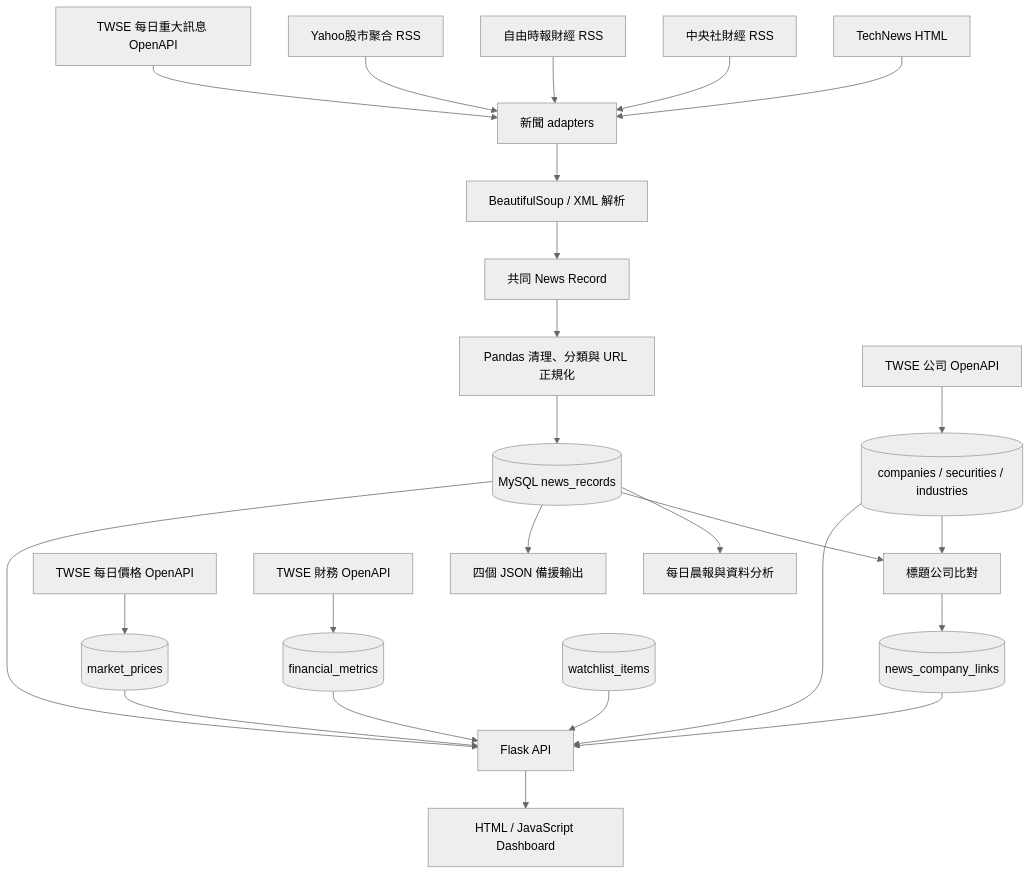
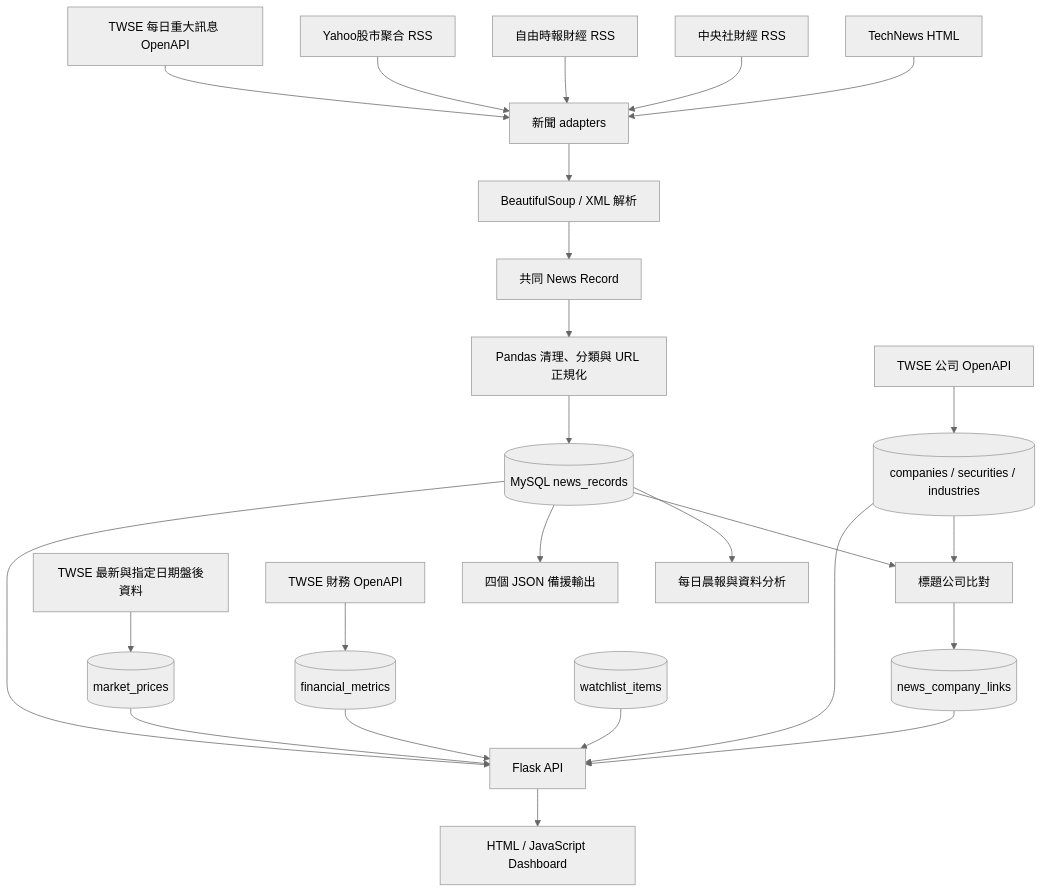
Before and after one commit to OllieHu12304/Morning-Alpha: the diagram in docs/USER_GUIDE.md, drawn with Mermaid (neutral theme). The commit also changed other lines of this file and 4 other files, not shown here.

````diff
--- a/docs/USER_GUIDE.md
+++ b/docs/USER_GUIDE.md
@@ -47,30 +47,30 @@
 ```mermaid
 flowchart TD
     A["TechNews HTML"] --> C["新聞 adapters"]
     B["中央社財經 RSS"] --> C
     V["自由時報財經 RSS"] --> C
     Y["Yahoo股市聚合 RSS"] --> C
     U["TWSE 每日重大訊息 OpenAPI"] --> C
     C --> D["BeautifulSoup / XML 解析"]
     D --> E["共同 News Record"]
     E --> F["Pandas 清理、分類與 URL 正規化"]
     F --> G[("MySQL news_records")]
 
     H["TWSE 公司 OpenAPI"] --> I[("companies / securities / industries")]
     G --> J["標題公司比對"]
     I --> J
     J --> K[("news_company_links")]
 
-    L["TWSE 每日價格 OpenAPI"] --> M[("market_prices")]
+    L["TWSE 最新與指定日期盤後資料"] --> M[("market_prices")]
     N["TWSE 財務 OpenAPI"] --> O[("financial_metrics")]
 
     G --> P["每日晨報與資料分析"]
     G --> Q["四個 JSON 備援輸出"]
     G --> R["Flask API"]
     I --> R
     K --> R
     M --> R
     O --> R
     S[("watchlist_items")] --> R
     R --> T["HTML / JavaScript Dashboard"]
 ```
````
